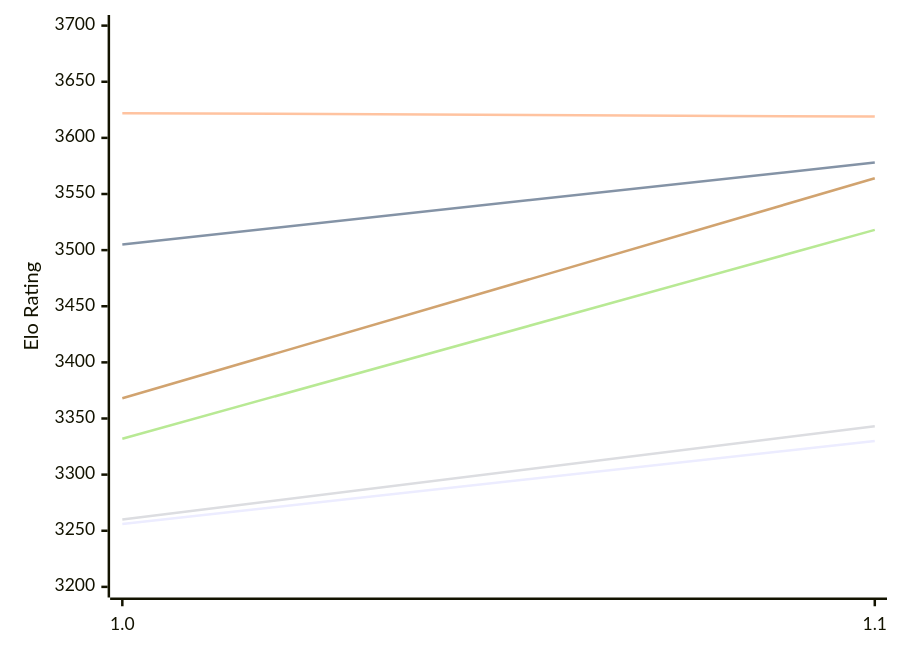
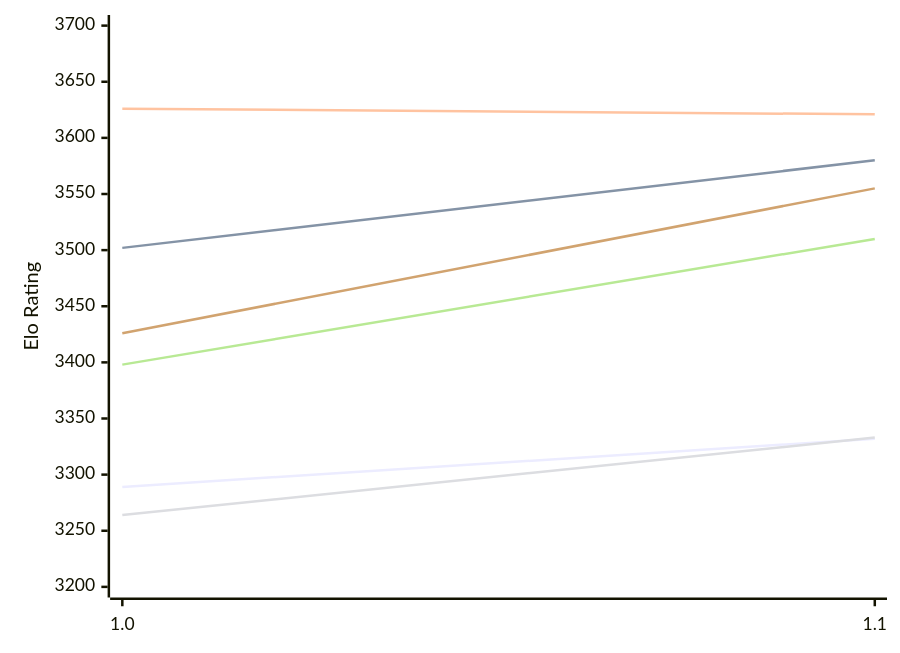
The first of 2 diagrams in engines/Horsie.md (computer-chess-index/cci), drawn with Mermaid before and after one commit. The commit also changed other lines of this file, not shown here.

Commit message:
Update CCI Ratings (ELO VLTC) - 2026-11-15

````diff
--- a/engines/Horsie.md
+++ b/engines/Horsie.md
@@ -50,12 +50,12 @@
 ```mermaid
 %%{init: {"theme":"base","themeVariables":{"seriesColors:['#a3a3a3','#222221','#faa371']}}}%%
 xychart-beta
   x-axis ["1.0", "1.1"]
   y-axis "Elo Rating" 3200 --> 3700
-  line "E1: STC (8.0+0.08s)" [3256, 3330]
-  line "E1: LTC (60.0+0.60s)" [3505, 3578]
-  line "E1: VLTC (2m24s+1.12s)" [3622, 3619]
-  line "P1: STC (8.0+0.08s)" [3260, 3343]
-  line "P1: LTC (60.0+0.60s)" [3332, 3518]
-  line "P1: VLTC (2m24s+1.12s)" [3368, 3564]
+  line "E1: STC (8.0+0.08s)" [3289, 3332]
+  line "E1: LTC (60.0+0.60s)" [3502, 3580]
+  line "E1: VLTC (2m24s+1.12s)" [3626, 3621]
+  line "P1: STC (8.0+0.08s)" [3264, 3333]
+  line "P1: LTC (60.0+0.60s)" [3398, 3510]
+  line "P1: VLTC (2m24s+1.12s)" [3426, 3555]
 ```
````
